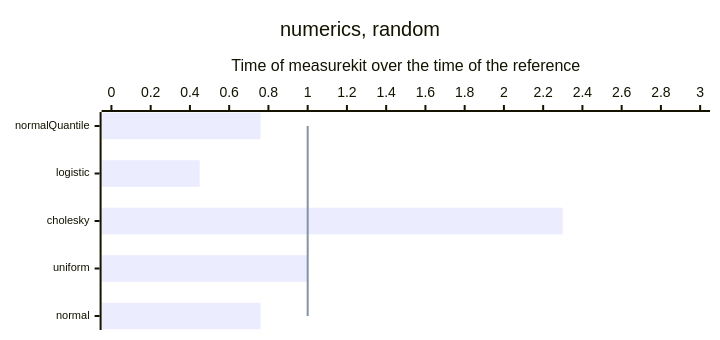
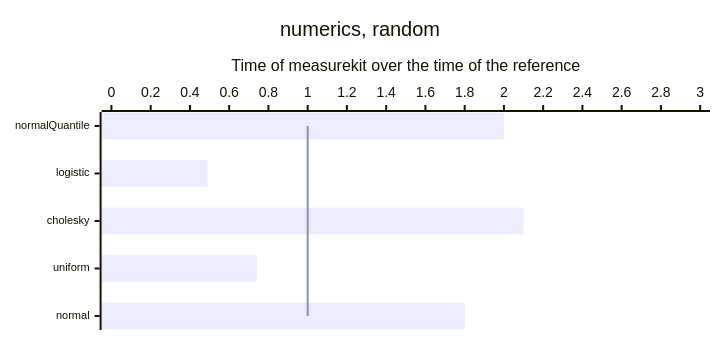
Before and after one commit to measurekit/measurekit: the third of 3 diagrams in docs/core/performance.md, drawn with Mermaid. The commit also changed other lines of this file and 7 other files, not shown here.

````diff
--- a/docs/core/performance.md
+++ b/docs/core/performance.md
@@ -40,9 +40,9 @@
 ```mermaid
 %%{init: {"xyChart": {"height": 320, "xAxis": {"labelFontSize": 11}}}}%%
 xychart-beta horizontal
   title "numerics, random"
   x-axis ["normalQuantile", "logistic", "cholesky", "uniform", "normal"]
   y-axis "Time of measurekit over the time of the reference" 0 --> 3
-  bar [0.76, 0.45, 2.3, 1, 0.76]
+  bar [2, 0.49, 2.1, 0.74, 1.8]
   line [1, 1, 1, 1, 1]
 ```
````
